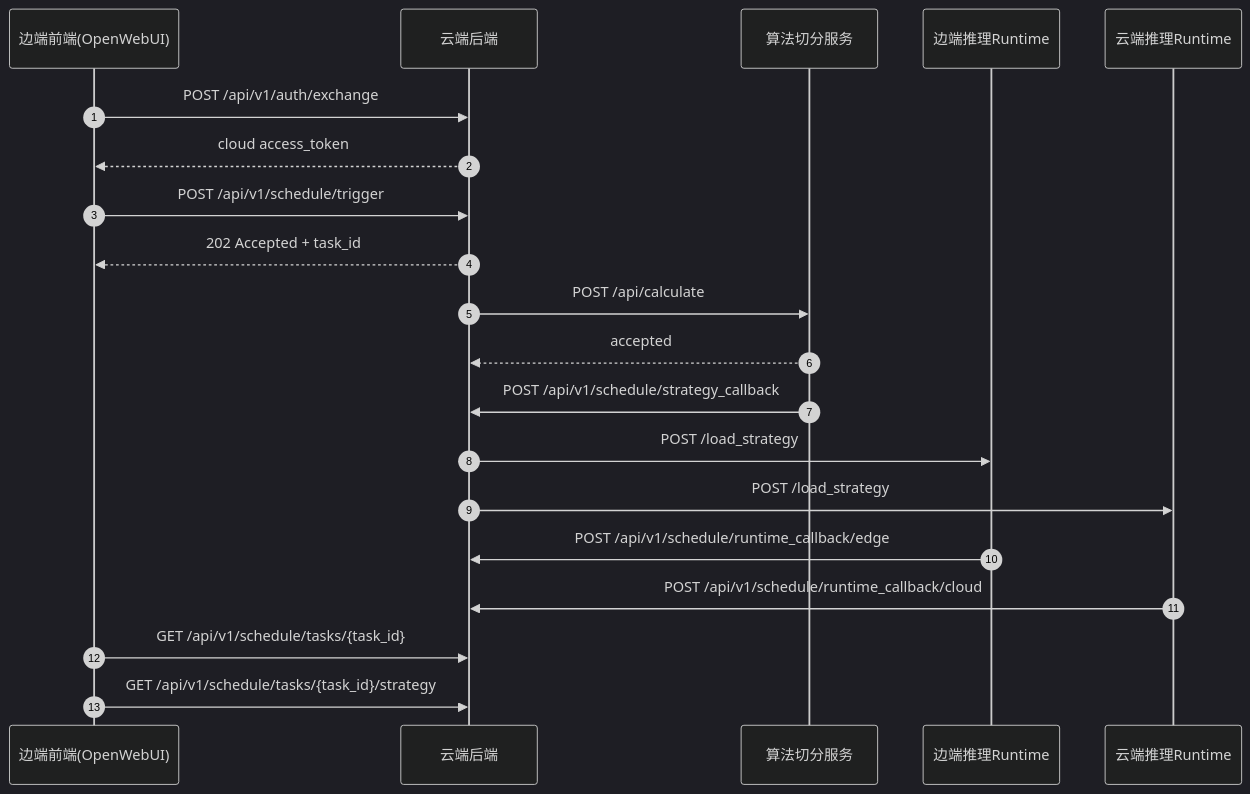
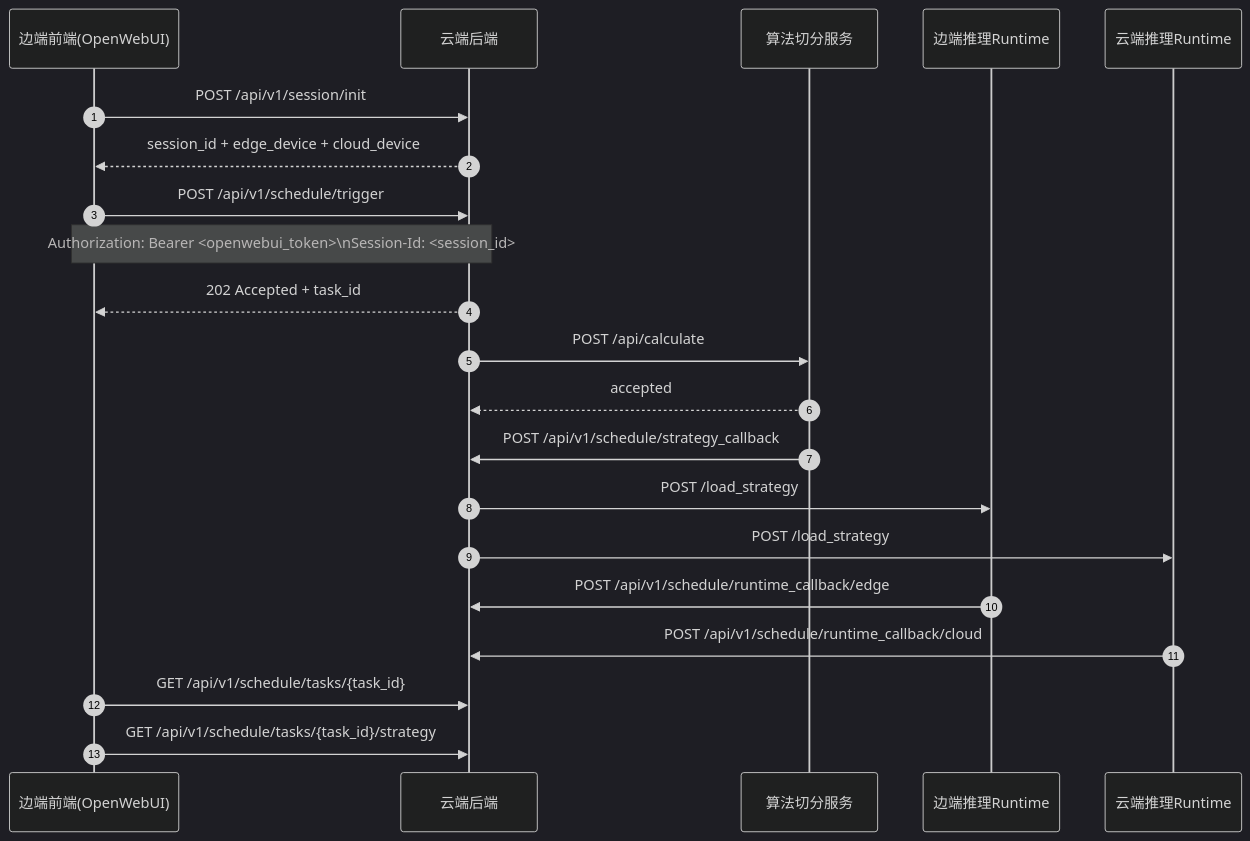
Before and after one commit to Tiger-police/splitwise_cloud: the diagram in EDGE_FRONTEND_INTEGRATION.md, drawn with Mermaid (dark theme). The commit also changed other lines of this file and 11 other files, not shown here.

````diff
--- a/EDGE_FRONTEND_INTEGRATION.md
+++ b/EDGE_FRONTEND_INTEGRATION.md
@@ -51,28 +82,29 @@
 ```mermaid
 sequenceDiagram
     autonumber
     participant EdgeUI as 边端前端(OpenWebUI)
     participant Cloud as 云端后端
     participant Algo as 算法切分服务
     participant EdgeRT as 边端推理Runtime
     participant CloudRT as 云端推理Runtime
 
-    EdgeUI->>Cloud: POST /api/v1/auth/exchange
-    Cloud-->>EdgeUI: cloud access_token
+    EdgeUI->>Cloud: POST /api/v1/session/init
+    Cloud-->>EdgeUI: session_id + edge_device + cloud_device
 
     EdgeUI->>Cloud: POST /api/v1/schedule/trigger
+    Note over EdgeUI,Cloud: Authorization: Bearer <openwebui_token>\nSession-Id: <session_id>
     Cloud-->>EdgeUI: 202 Accepted + task_id
 
     Cloud->>Algo: POST /api/calculate
     Algo-->>Cloud: accepted
     Algo->>Cloud: POST /api/v1/schedule/strategy_callback
 
     Cloud->>EdgeRT: POST /load_strategy
     Cloud->>CloudRT: POST /load_strategy
 
     EdgeRT->>Cloud: POST /api/v1/schedule/runtime_callback/edge
     CloudRT->>Cloud: POST /api/v1/schedule/runtime_callback/cloud
 
     EdgeUI->>Cloud: GET /api/v1/schedule/tasks/{task_id}
     EdgeUI->>Cloud: GET /api/v1/schedule/tasks/{task_id}/strategy
 ```
````
